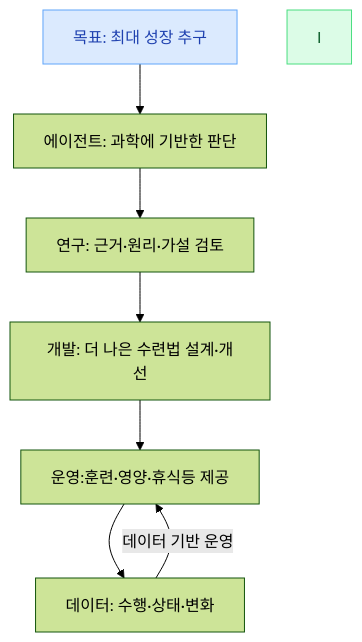
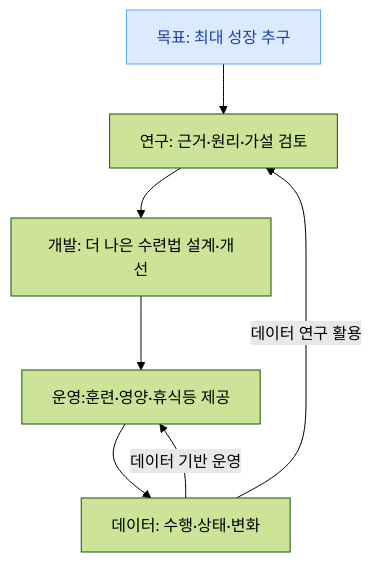
The first of 8 diagrams in docs/SPECIFICATION.md (Rmayana/frontier-research-harness), drawn with Mermaid (forest theme) before and after one commit.

````diff
--- a/docs/SPECIFICATION.md
+++ b/docs/SPECIFICATION.md
@@ -58,20 +58,21 @@
 ```mermaid
 flowchart TD
     
     B["목표: 최대 성장 추구"]
-    C["에이전트: 과학에 기반한 판단"]
+    
     D["연구: 근거·원리·가설 검토"]
     E["개발: 더 나은 수련법 설계·개선"]
     F["운영:훈련·영양·휴식등 제공"]
     G["데이터: 수행·상태·변화"]
     
   
 
-   B --> C --> D --> E --> F --> G 
+   B --> D --> E --> F --> G 
    
     G -->|"데이터 기반 운영"| F
+    G -->|"데이터 연구 활용"| D 
 
     
     style B fill:#dbeafe,color:#1e40af,stroke:#60a5fa
-    style I fill:#dcfce7,color:#166534,stroke:#4ade80
+   
 ```
````
